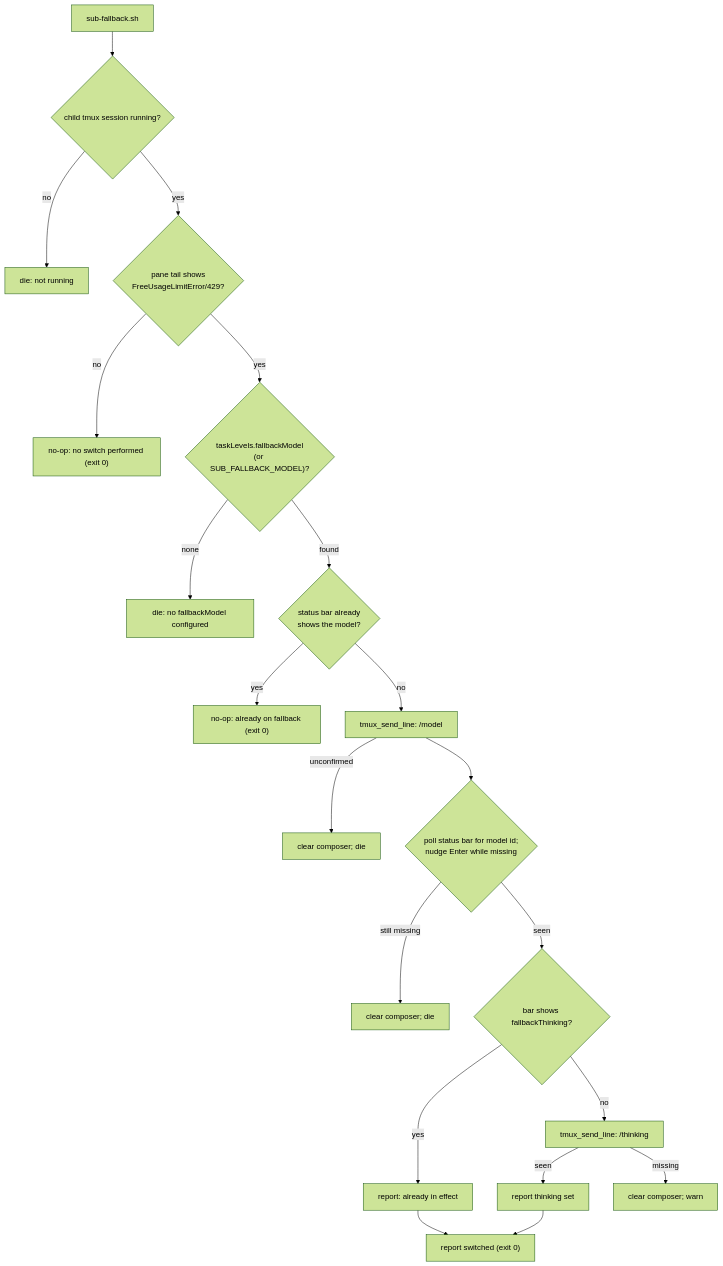
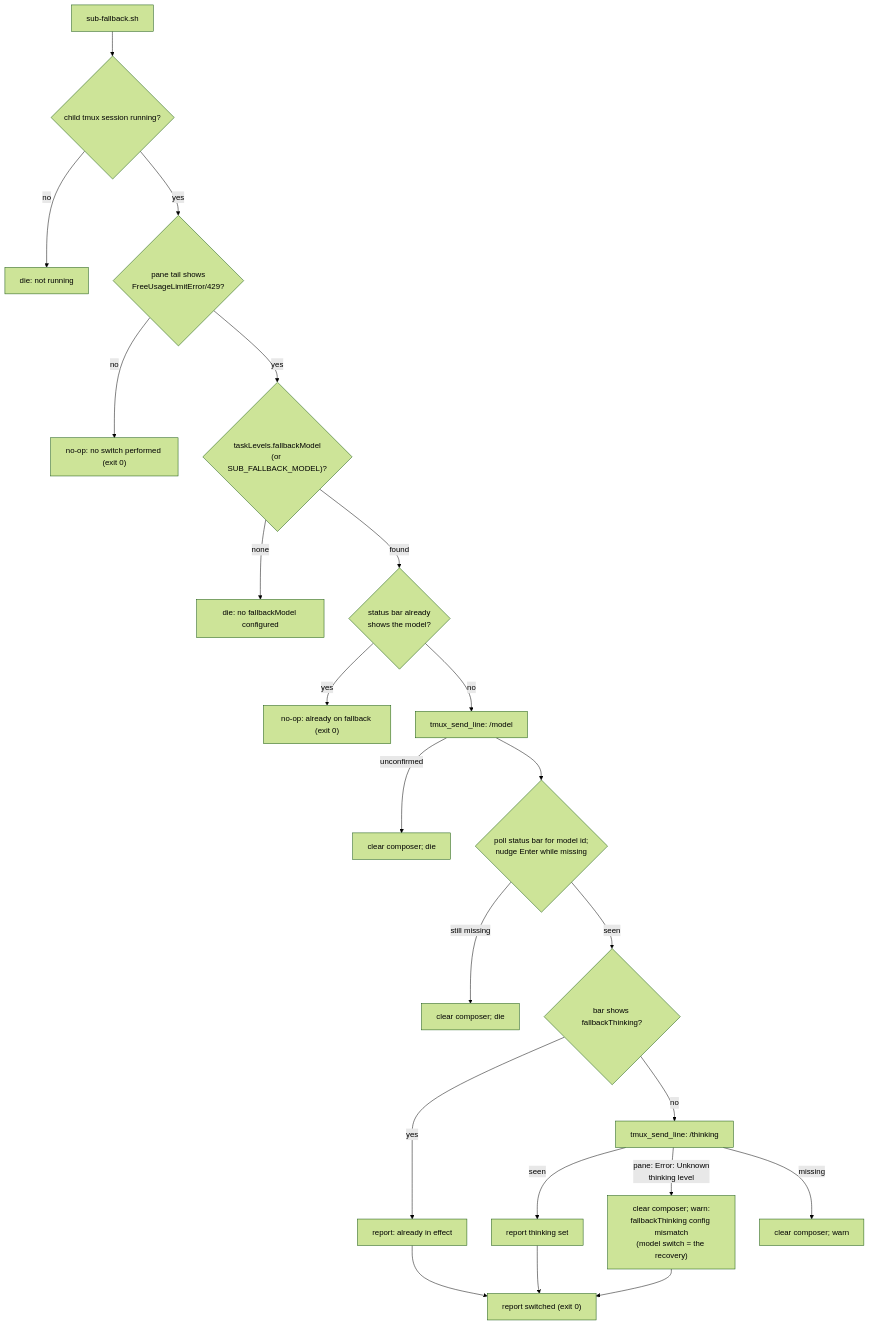
One commit to jseto/ai-commander changed the diagram in specs/free-limit-fallback/free-limit-fallback-design.md. Above: the diagram before and after it, drawn with Mermaid (forest theme). The commit also changed other lines of this file and 6 other files, not shown here.

First line of the commit message:
fix(fallback): boundary-match status-bar model id, degrade on rejected fallbackThinking (#17)

````diff
--- a/specs/free-limit-fallback/free-limit-fallback-design.md
+++ b/specs/free-limit-fallback/free-limit-fallback-design.md
@@ -127,22 +174,24 @@
 ```mermaid
 flowchart TD
     A["sub-fallback.sh <task>"] --> B{"child tmux session running?"}
     B -- no --> X["die: not running"]
     B -- yes --> C{"pane tail shows<br/>FreeUsageLimitError/429?"}
     C -- no --> N1["no-op: no switch performed (exit 0)"]
     C -- yes --> D{"taskLevels.fallbackModel<br/>(or SUB_FALLBACK_MODEL)?"}
     D -- none --> X2["die: no fallbackModel configured"]
     D -- found --> E{"status bar already<br/>shows the model?"}
     E -- yes --> N2["no-op: already on fallback (exit 0)"]
     E -- no --> F["tmux_send_line: /model <model>"]
     F -- unconfirmed --> X3["clear composer; die"]
     F --> G{"poll status bar for model id;<br/>nudge Enter while missing"}
     G -- still missing --> X4["clear composer; die"]
     G -- seen --> H{"bar shows fallbackThinking?"}
     H -- yes --> I["report: already in effect"]
     H -- no --> J["tmux_send_line: /thinking <level>"]
     J -- seen --> K["report thinking set"]
+    J -- "pane: Error: Unknown<br/>thinking level" --> W2["clear composer; warn:<br/>fallbackThinking config mismatch<br/>(model switch = the recovery)"]
     J -- missing --> W["clear composer; warn"]
     I --> Z["report switched (exit 0)"]
     K --> Z
+    W2 --> Z
 ```
````
